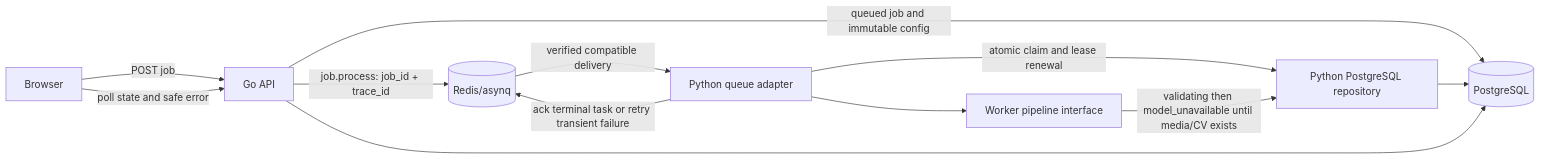
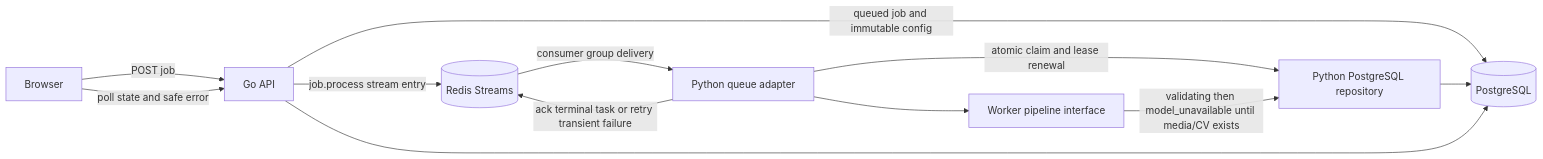
The diagram in .agents/sessions/worker-control-plane-adapters/plan.md (o0O96O0o/boulder-frame), drawn with Mermaid before and after one commit. The commit also changed other lines of this file and 45 other files, not shown here.

Commit message:
ref: native redis task queue

````diff
--- a/.agents/sessions/worker-control-plane-adapters/plan.md
+++ b/.agents/sessions/worker-control-plane-adapters/plan.md
@@ -60,14 +60,14 @@
 ```mermaid
 flowchart LR
     B[Browser] -->|POST job| API[Go API]
     API -->|queued job and immutable config| PG[(PostgreSQL)]
-    API -->|job.process: job_id + trace_id| R[(Redis/asynq)]
-    R -->|verified compatible delivery| QA[Python queue adapter]
+    API -->|job.process stream entry| R[(Redis Streams)]
+    R -->|consumer group delivery| QA[Python queue adapter]
     QA -->|atomic claim and lease renewal| WR[Python PostgreSQL repository]
     WR --> PG
     QA --> W[Worker pipeline interface]
     W -->|validating then model_unavailable until media/CV exists| WR
     QA -->|ack terminal task or retry transient failure| R
     B -->|poll state and safe error| API
     API --> PG
 ```
````
